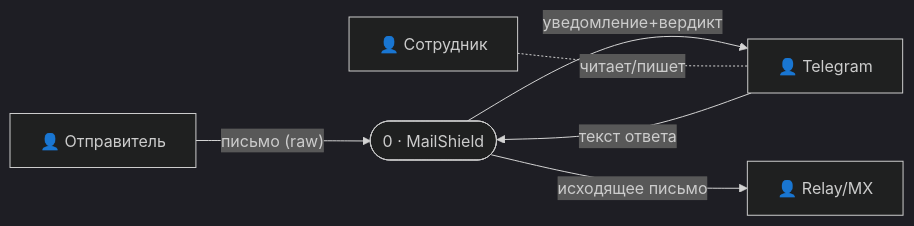
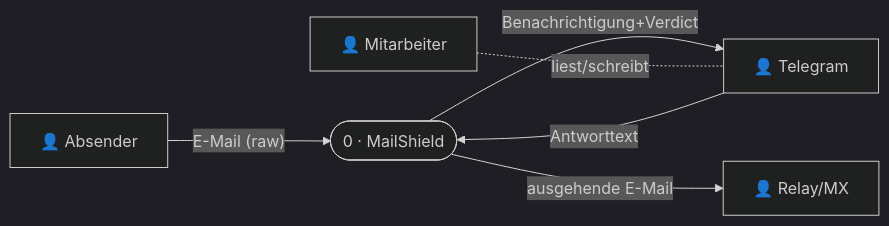
One commit to Alex84K/smpt_pet_proj changed the fourth of 8 diagrams in docs/DESIGN_MVP.md. Above: the diagram before and after it, drawn with Mermaid (dark theme). The commit also changed other lines of this file and 4 other files, not shown here.

````diff
--- a/docs/DESIGN_MVP.md
+++ b/docs/DESIGN_MVP.md
@@ -215,15 +219,15 @@
 ```mermaid
 flowchart LR
-    sender["👤 Отправитель"]
-    emp["👤 Сотрудник"]
+    sender["👤 Absender"]
+    emp["👤 Mitarbeiter"]
     tg["👤 Telegram"]
     relay["👤 Relay/MX"]
 
     P0(["0 · MailShield"])
 
-    sender -- "письмо (raw)" --> P0
-    P0 -- "уведомление+вердикт" --> tg
-    tg -- "текст ответа" --> P0
-    emp -. "читает/пишет" .- tg
-    P0 -- "исходящее письмо" --> relay
+    sender -- "E-Mail (raw)" --> P0
+    P0 -- "Benachrichtigung+Verdict" --> tg
+    tg -- "Antworttext" --> P0
+    emp -. "liest/schreibt" .- tg
+    P0 -- "ausgehende E-Mail" --> relay
 ```
````
